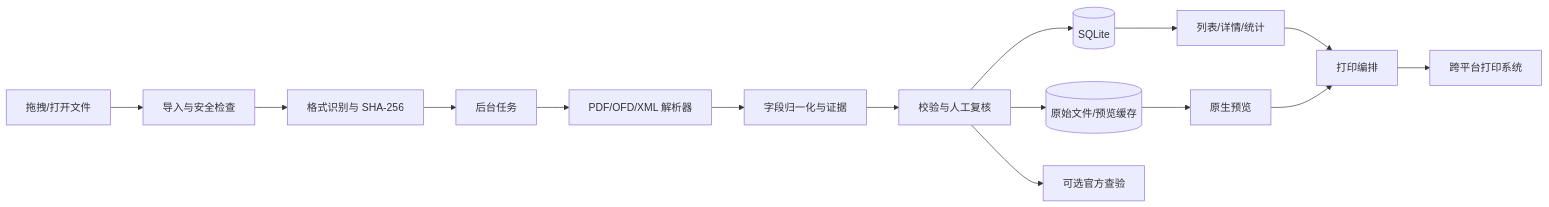
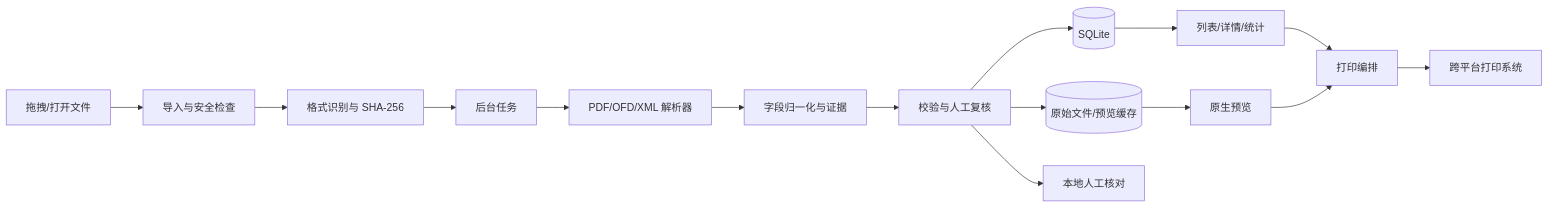
The diagram in docs/ARCHITECTURE.md (leommxj/invoice_helper), drawn with Mermaid before and after one commit. The commit also changed other lines of this file and 10 other files, not shown here.

````diff
--- a/docs/ARCHITECTURE.md
+++ b/docs/ARCHITECTURE.md
@@ -87,17 +83,17 @@
 ```mermaid
 flowchart LR
     A[拖拽/打开文件] --> B[导入与安全检查]
     B --> C[格式识别与 SHA-256]
     C --> D[后台任务]
     D --> E[PDF/OFD/XML 解析器]
     E --> F[字段归一化与证据]
     F --> G[校验与人工复核]
     G --> H[(SQLite)]
     G --> I[(原始文件/预览缓存)]
     H --> J[列表/详情/统计]
     I --> K[原生预览]
     J --> L[打印编排]
     K --> L
     L --> M[跨平台打印系统]
-    G --> N[可选官方查验]
+    G --> N[本地人工核对]
 ```
````
